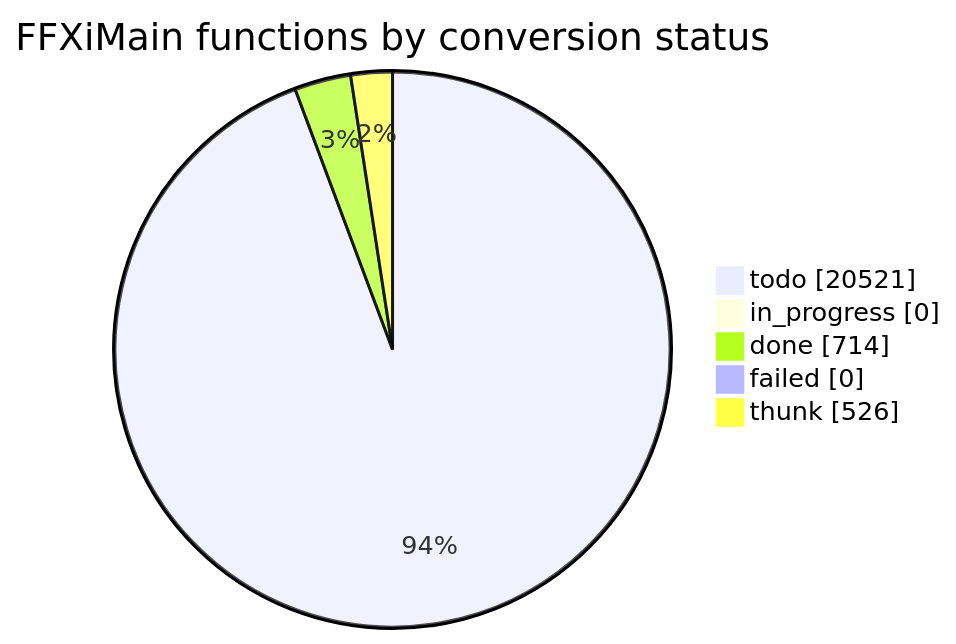
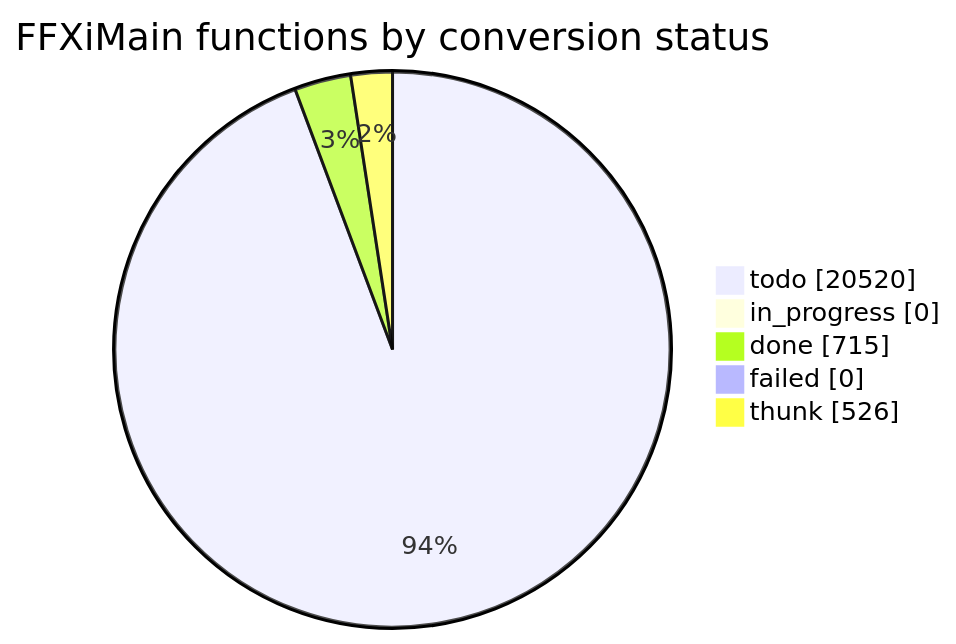
Before and after one commit to cowrevenge/cow_kuluu_xi_anything: the diagram in docs/cow/STATUS.md, drawn with Mermaid. The commit also changed other lines of this file and 9 other files, not shown here.

````diff
--- a/docs/cow/STATUS.md
+++ b/docs/cow/STATUS.md
@@ -18,9 +18,9 @@
 ```mermaid
 pie showData
     title FFXiMain functions by conversion status
-    "todo" : 20521
+    "todo" : 20520
     "in_progress" : 0
-    "done" : 714
+    "done" : 715
     "failed" : 0
     "thunk" : 526
 ```
````
